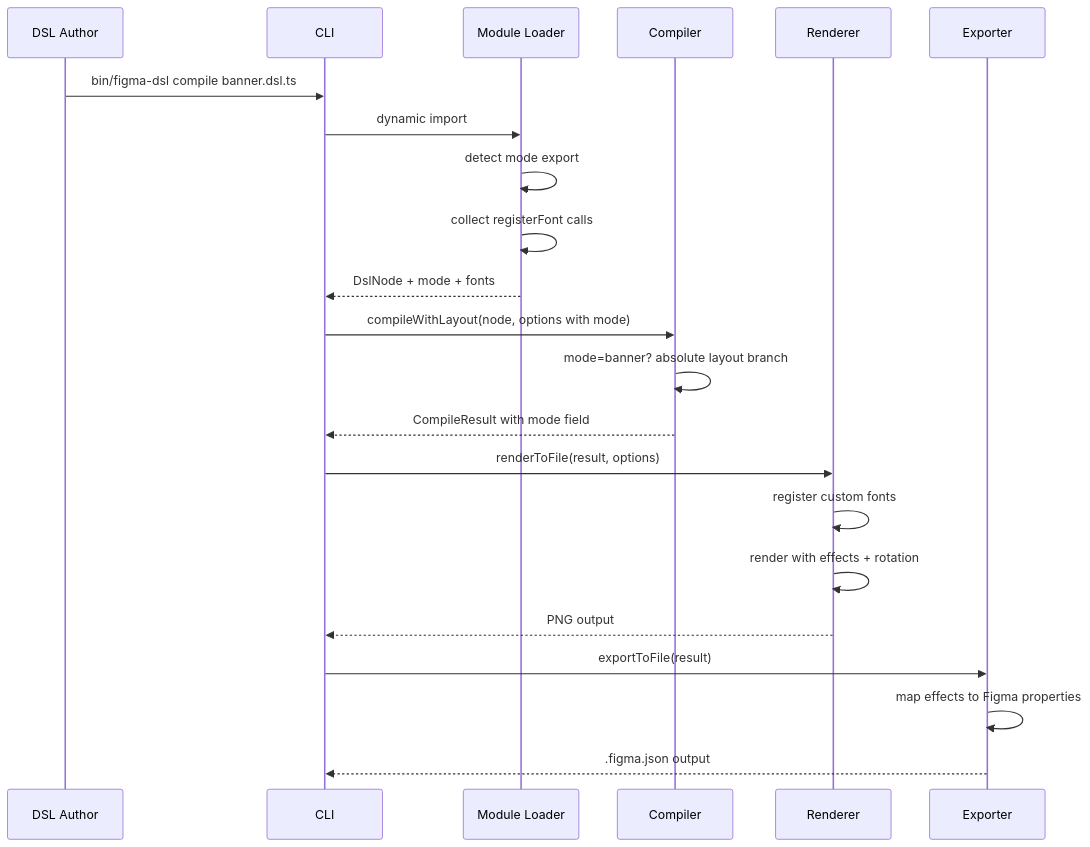
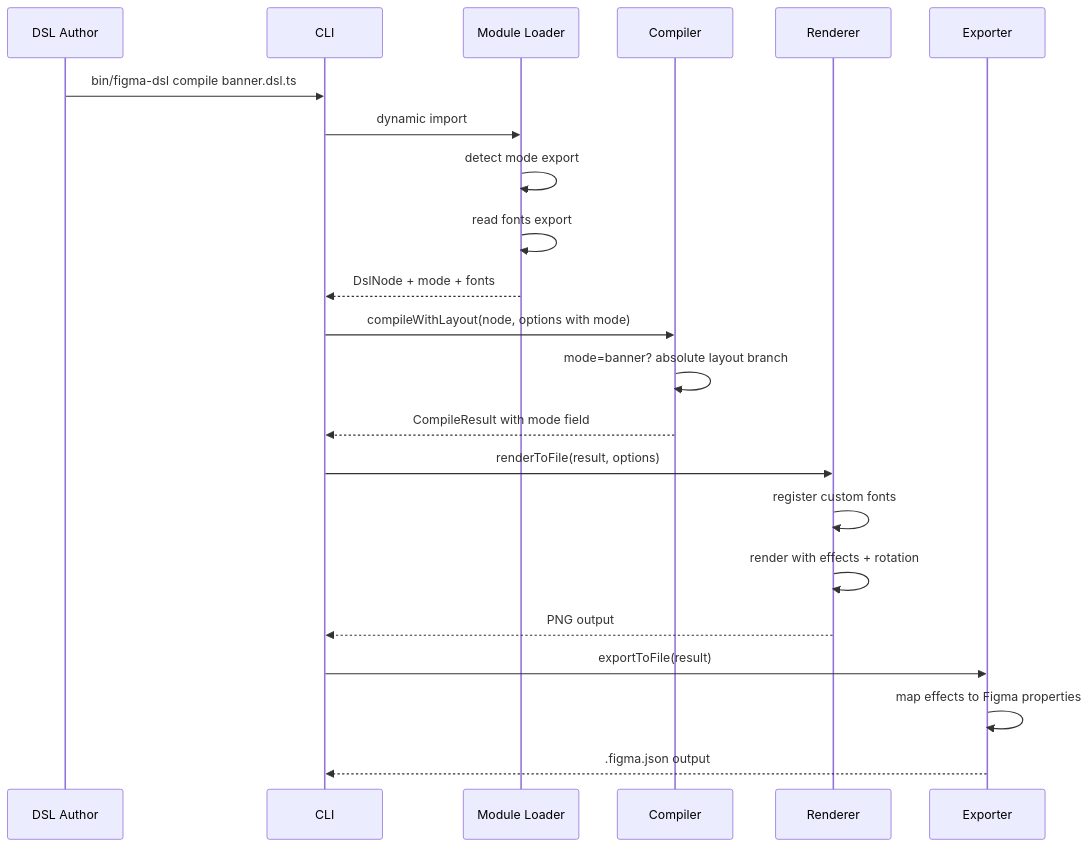
Before and after one commit to TETRA2000/figma-component-dsl: the second of 3 diagrams in .kiro/specs/banner-mode/design.md, drawn with Mermaid. The commit also changed other lines of this file, not shown here.

First line of the commit message:
Apply design review suggestions: declarative fonts + defer BACKGROUND_BLUR

````diff
--- a/.kiro/specs/banner-mode/design.md
+++ b/.kiro/specs/banner-mode/design.md
@@ -110,25 +111,25 @@
 ```mermaid
 sequenceDiagram
     participant Author as DSL Author
     participant CLI as CLI
     participant Loader as Module Loader
     participant Compiler as Compiler
     participant Renderer as Renderer
     participant Exporter as Exporter
 
     Author->>CLI: bin/figma-dsl compile banner.dsl.ts
     CLI->>Loader: dynamic import
     Loader->>Loader: detect mode export
-    Loader->>Loader: collect registerFont calls
+    Loader->>Loader: read fonts export
     Loader-->>CLI: DslNode + mode + fonts
     CLI->>Compiler: compileWithLayout(node, options with mode)
     Compiler->>Compiler: mode=banner? absolute layout branch
     Compiler-->>CLI: CompileResult with mode field
     CLI->>Renderer: renderToFile(result, options)
     Renderer->>Renderer: register custom fonts
     Renderer->>Renderer: render with effects + rotation
     Renderer-->>CLI: PNG output
     CLI->>Exporter: exportToFile(result)
     Exporter->>Exporter: map effects to Figma properties
     Exporter-->>CLI: .figma.json output
 ```
````
